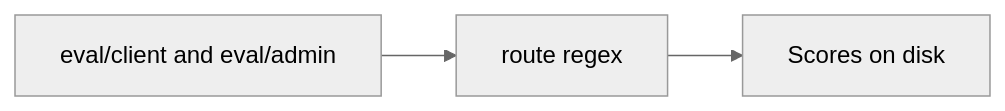
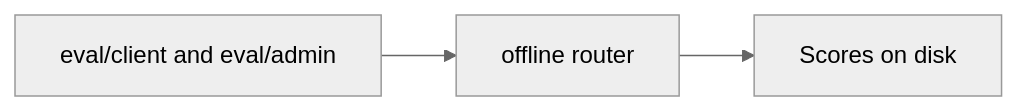
One commit to quocbao2772004/AppleStore changed the fifth of 5 diagrams in README.md. Above: the diagram before and after it, drawn with Mermaid (neutral theme). The commit also changed other lines of this file and 34 other files, not shown here.

````diff
--- a/README.md
+++ b/README.md
@@ -69,8 +92,8 @@
 ```mermaid
 flowchart LR
   cases["eval/client and eval/admin"]
-  route["route regex"]
+  route["offline router"]
   score["Scores on disk"]
 
   cases --> route --> score
 ```
````
